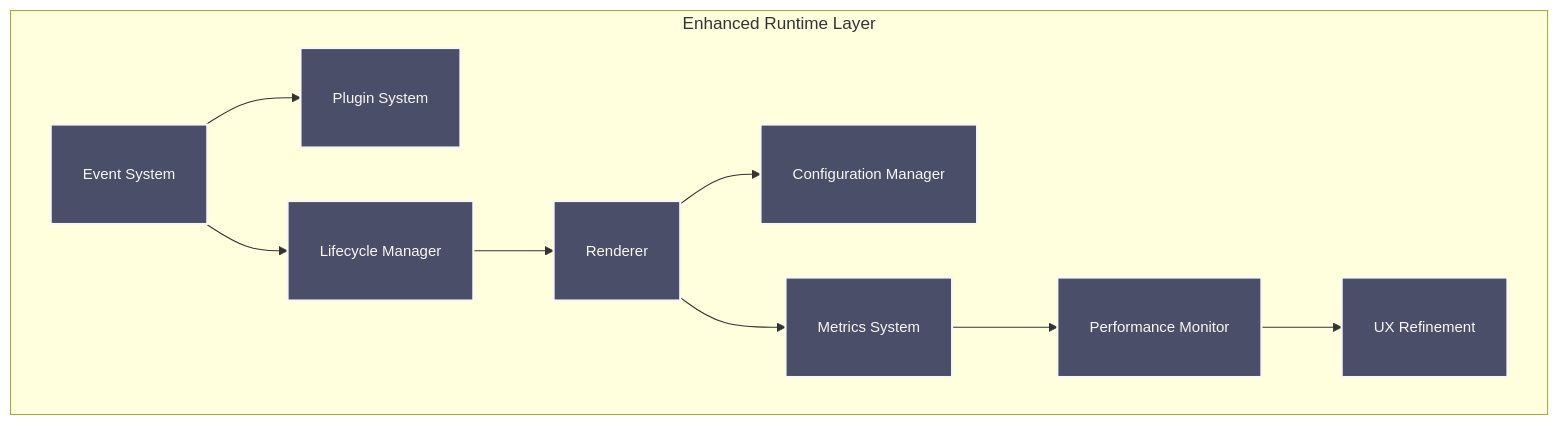
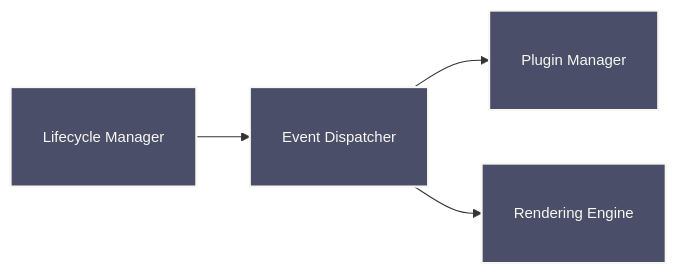
The second of 6 diagrams in docs/ARCHITECTURE.md (Hydepwns/raxol), drawn with Mermaid before and after one commit. The commit also changed other lines of this file and 2 other files, not shown here.

````diff
--- a/docs/ARCHITECTURE.md
+++ b/docs/ARCHITECTURE.md
@@ -140,24 +44,14 @@
 ```mermaid
-graph TB
-    subgraph Runtime["Enhanced Runtime Layer"]
-        Events[Event System]
-        Plugins[Plugin System]
-        Render[Renderer]
-        Lifecycle[Lifecycle Manager]
-        Config[Configuration Manager]
-        Metrics[Metrics System]
-        Performance[Performance Monitor]
-        UX[UX Refinement]
-    end
+graph LR
+    Lifecycle[Lifecycle Manager]
+    Dispatcher[Event Dispatcher]
+    Plugins[Plugin Manager]
+    Renderer[Rendering Engine]
 
-    Events --> Plugins
-    Events --> Lifecycle
-    Lifecycle --> Render
-    Render --> Config
-    Render --> Metrics
-    Metrics --> Performance
-    Performance --> UX
+    Lifecycle --> Dispatcher
+    Dispatcher --> Plugins
+    Dispatcher --> Renderer
 
     classDef component fill:#4a4e69,stroke:#f8f8f2,stroke-width:2px,color:#f8f8f2,font-size:14px,padding:6px;
-    class Events,Plugins,Render,Lifecycle,Config,Metrics,Performance,UX component;
+    class Lifecycle,Dispatcher,Plugins,Renderer component;
 ```
````
